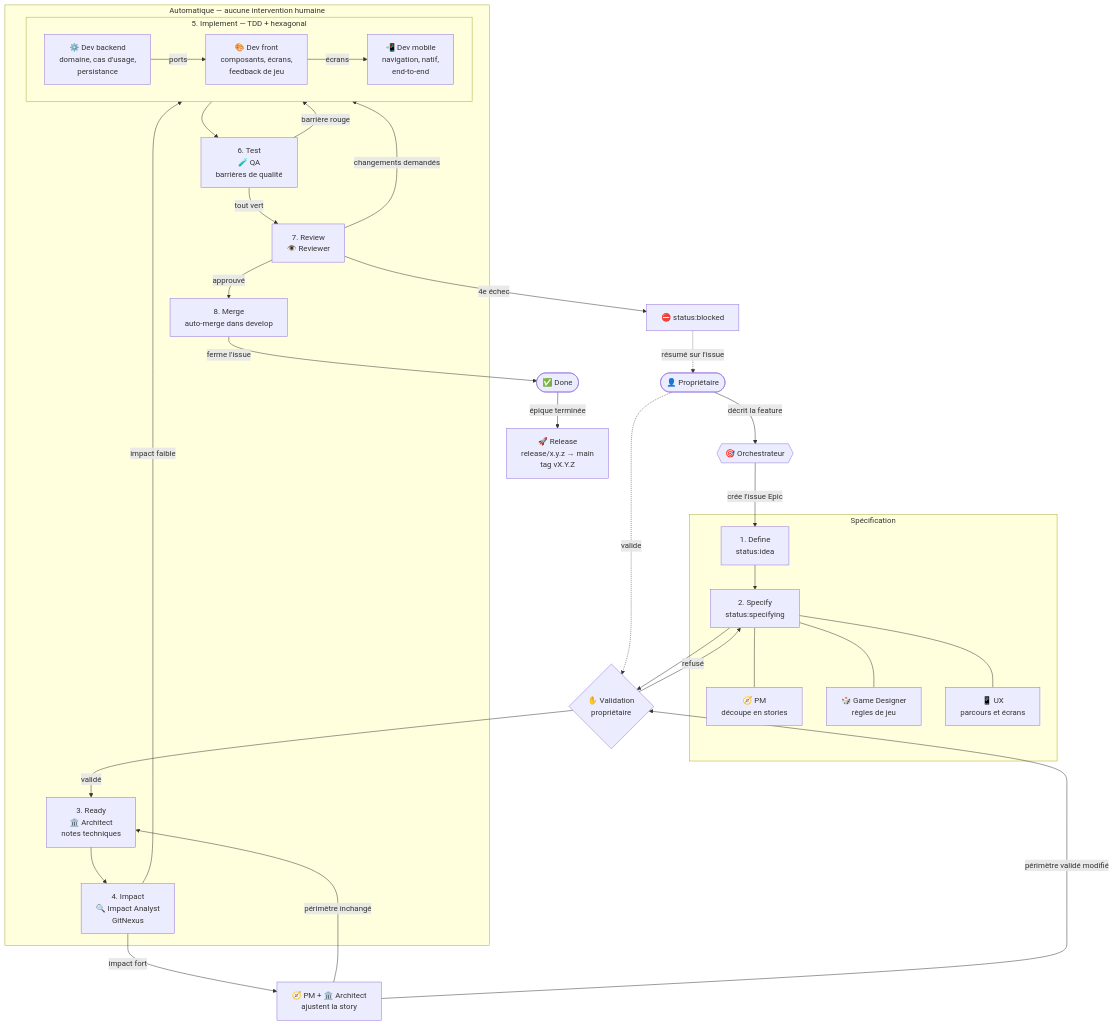
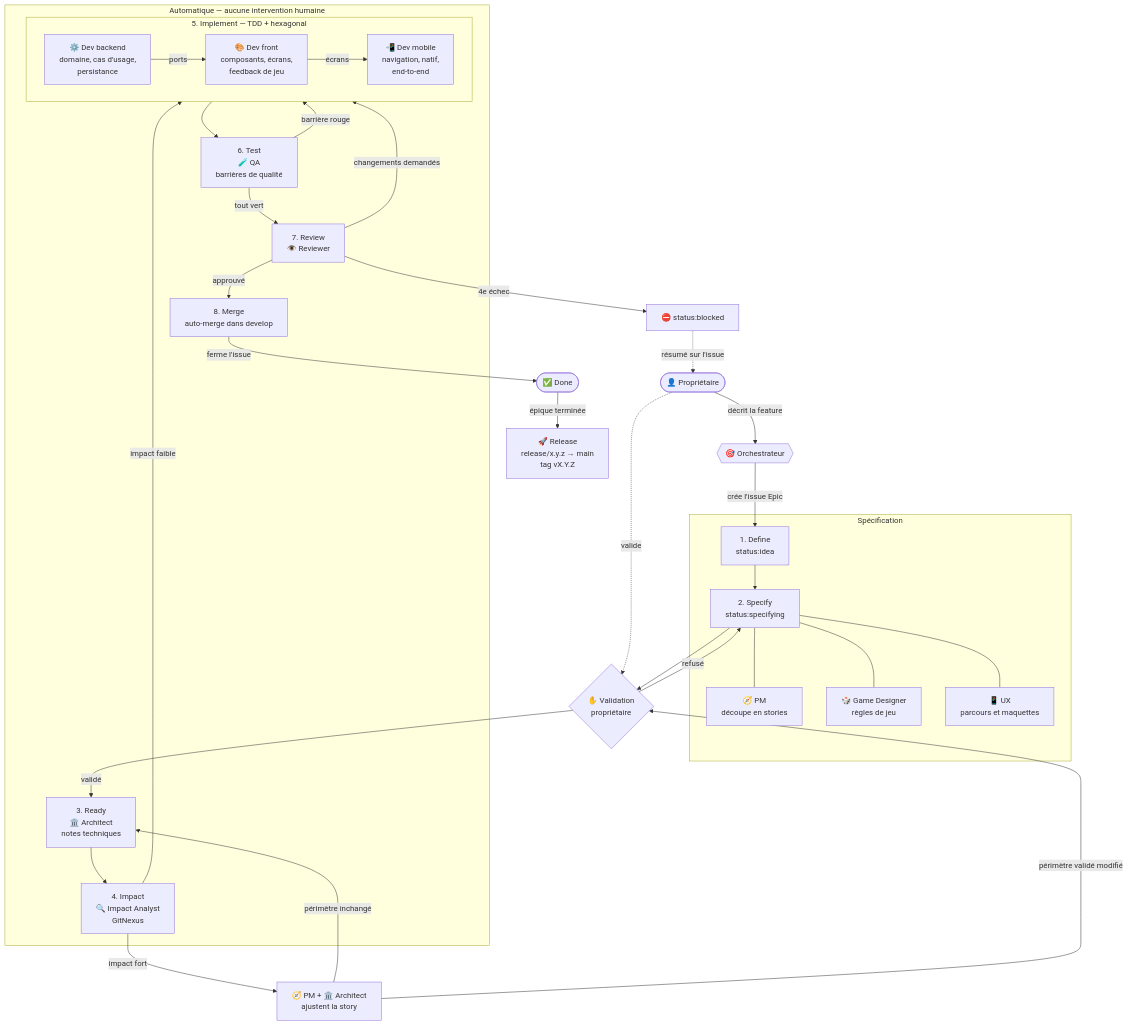
Before and after one commit to BPotet/ascent: the first of 2 diagrams in docs/workflow.md, drawn with Mermaid. The commit also changed other lines of this file and 9 other files, not shown here.

````diff
--- a/docs/workflow.md
+++ b/docs/workflow.md
@@ -15,56 +15,56 @@
 ```mermaid
 flowchart TD
     OWNER([👤 Propriétaire])
     ORCH{{🎯 Orchestrateur}}
 
     OWNER -- décrit la feature --> ORCH
     ORCH -- crée l'issue Epic --> S1
 
     subgraph SPEC [" Spécification "]
         S1[1. Define<br/>status:idea]
         S2[2. Specify<br/>status:specifying]
         PM[🧭 PM<br/>découpe en stories]
         GD[🎲 Game Designer<br/>règles de jeu]
-        UX[📱 UX<br/>parcours et écrans]
+        UX[📱 UX<br/>parcours et maquettes]
         S1 --> S2
         S2 --- PM & GD & UX
     end
 
     S2 --> GATE1{✋ Validation<br/>propriétaire}
     OWNER -. valide .-> GATE1
     GATE1 -- refusé --> S2
     GATE1 -- validé --> S3
 
     subgraph AUTO [" Automatique — aucune intervention humaine "]
         S3[3. Ready<br/>🏛️ Architect<br/>notes techniques]
         S4[4. Impact<br/>🔍 Impact Analyst<br/>GitNexus]
         subgraph S5 [" 5. Implement — TDD + hexagonal "]
             direction LR
             BE[⚙️ Dev backend<br/>domaine, cas d'usage,<br/>persistance]
             FE[🎨 Dev front<br/>composants, écrans,<br/>feedback de jeu]
             MO[📲 Dev mobile<br/>navigation, natif,<br/>end-to-end]
             BE -- ports --> FE -- écrans --> MO
         end
         S6[6. Test<br/>🧪 QA<br/>barrières de qualité]
         S7[7. Review<br/>👁️ Reviewer]
         S8[8. Merge<br/>auto-merge dans develop]
 
         S3 --> S4
         S4 -- impact faible --> S5
         S5 --> S6
         S6 -- barrière rouge --> S5
         S6 -- tout vert --> S7
         S7 -- changements demandés --> S5
         S7 -- approuvé --> S8
     end
 
     S4 -- impact fort --> ESC[🧭 PM + 🏛️ Architect<br/>ajustent la story]
     ESC -- périmètre inchangé --> S3
     ESC -- périmètre validé modifié --> GATE1
 
     S7 -- 4e échec --> BLOCK[⛔ status:blocked]
     BLOCK -. résumé sur l'issue .-> OWNER
 
     S8 -- ferme l'issue --> DONE([✅ Done])
     DONE -- épique terminée --> REL[🚀 Release<br/>release/x.y.z → main<br/>tag vX.Y.Z]
 ```
````
